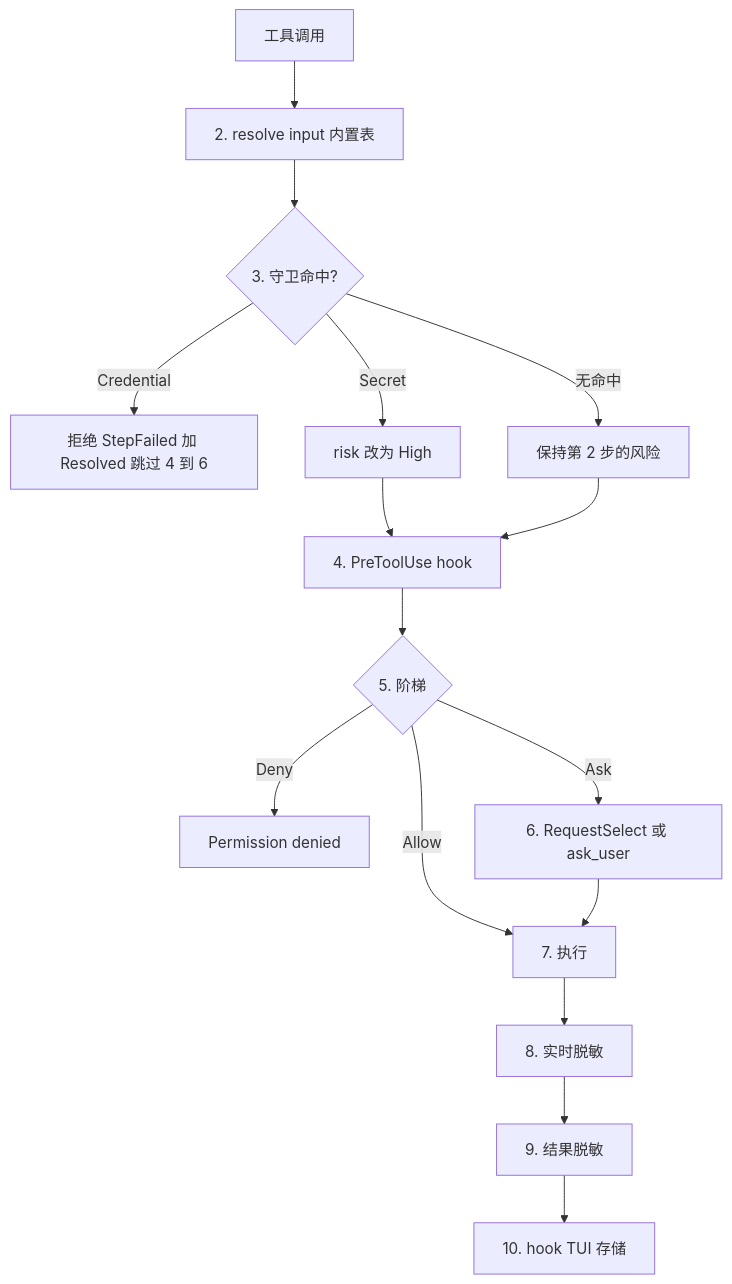
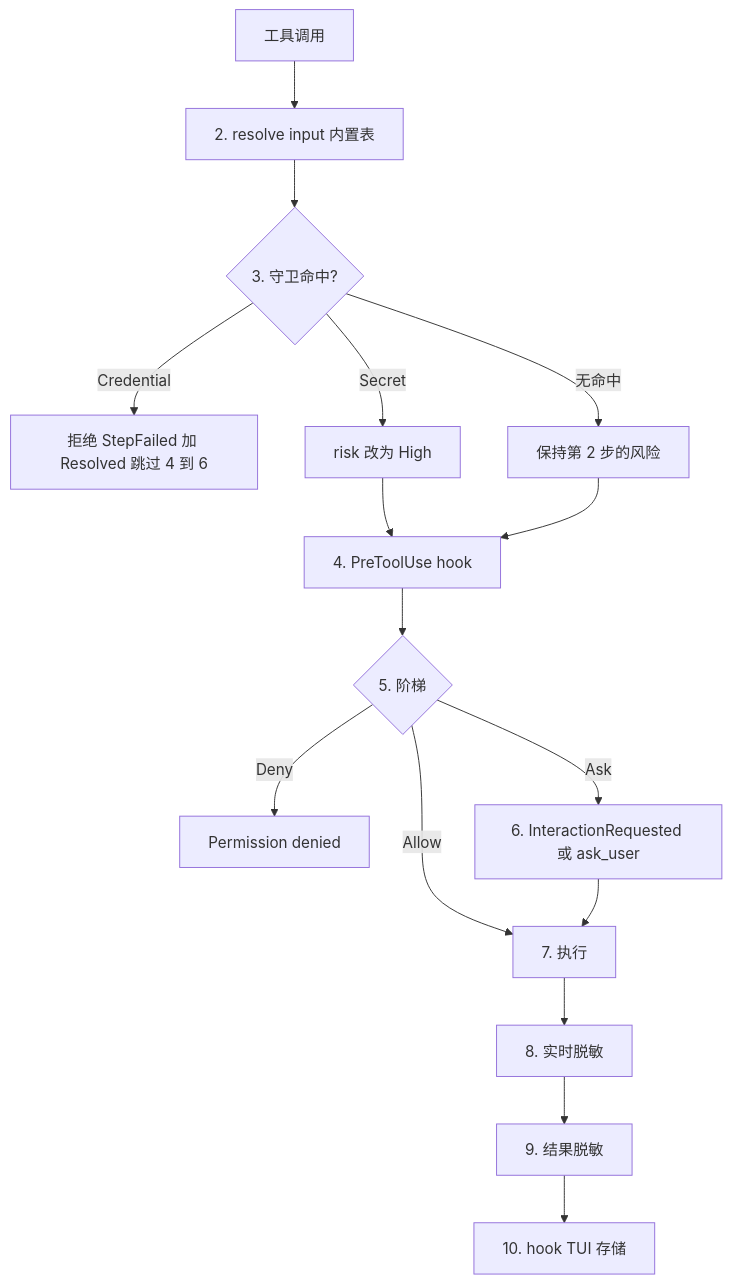
One commit to rust-infra/tact changed the fifth of 5 diagrams in book/10_chapter_permission_zh.md. Above: the diagram before and after it, drawn with Mermaid. The commit also changed other lines of this file and 8 other files, not shown here.

````diff
--- a/book/10_chapter_permission_zh.md
+++ b/book/10_chapter_permission_zh.md
@@ -598,16 +602,16 @@
 ```mermaid
 graph TD
     a[工具调用] --> b[2. resolve input 内置表]
     b --> c{3. 守卫命中?}
     c -->|Credential| r1[拒绝 StepFailed 加 Resolved 跳过 4 到 6]
     c -->|Secret| d[risk 改为 High]
     c -->|无命中| d2[保持第 2 步的风险]
     d --> e[4. PreToolUse hook]
     d2 --> e
     e --> f{5. 阶梯}
     f -->|Allow| g[7. 执行]
     f -->|Deny| r2[Permission denied]
-    f -->|Ask| h[6. RequestSelect 或 ask_user]
+    f -->|Ask| h[6. InteractionRequested 或 ask_user]
     h --> g
     g --> i[8. 实时脱敏] --> j[9. 结果脱敏] --> k[10. hook TUI 存储]
 ```
````
